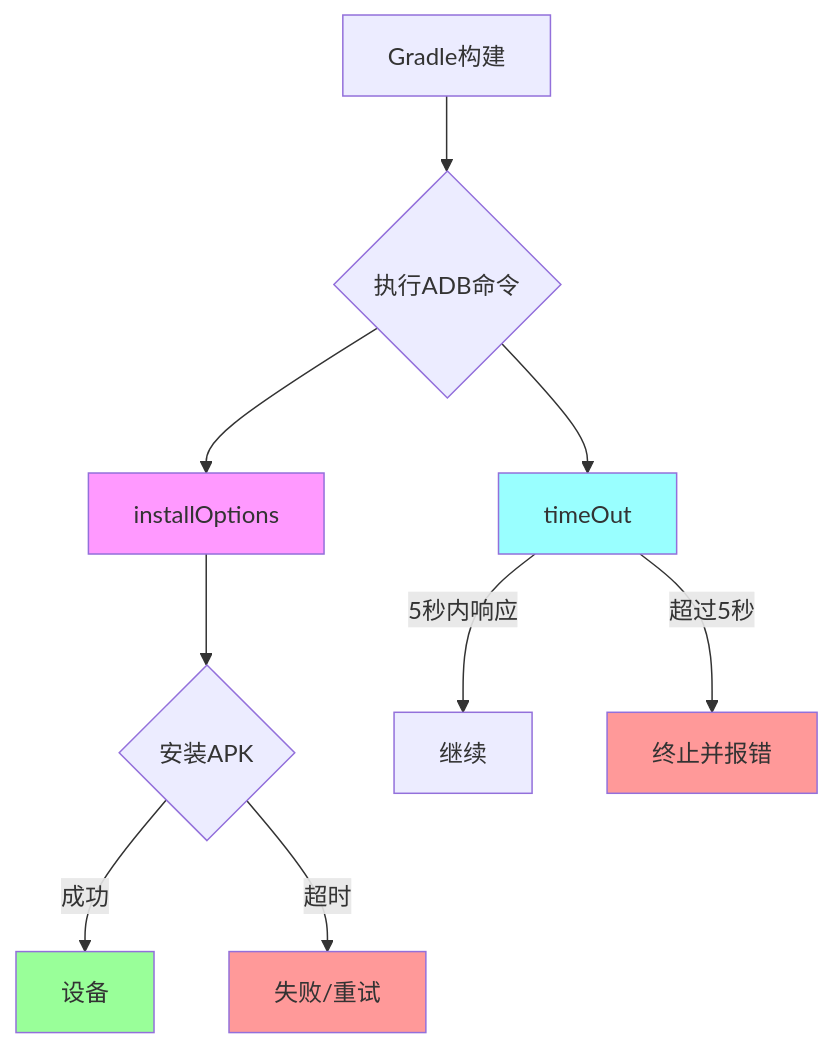
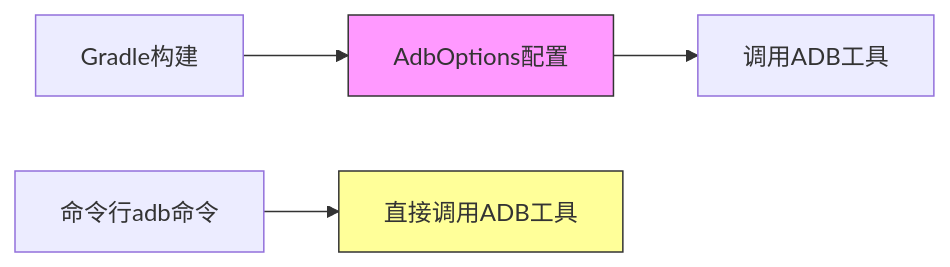
The second of 3 diagrams in AndroidDeveloperGuideStory/Contents/vol21/21.1.60 Adb选项.md (Carrie-L/carrie-l.github.io), drawn with Mermaid before and after one commit. The commit also changed other lines of this file, not shown here.

Commit message:
feat(chapter-21.1.60): Configure AdbOptions for ADB connection settings

````diff
--- a/AndroidDeveloperGuideStory/Contents/vol21/21.1.60 Adb选项.md
+++ b/AndroidDeveloperGuideStory/Contents/vol21/21.1.60 Adb选项.md
@@ -67,17 +178,9 @@
 ```mermaid
-flowchart TD
-    A[Gradle构建] --> B{执行ADB命令}
-    B --> C[installOptions]
-    C --> D{安装APK}
-    D -->|成功| E[设备]
-    D -->|超时| F[失败/重试]
-    B --> G[timeOut]
-    G -->|5秒内响应| H[继续]
-    G -->|超过5秒| I[终止并报错]
+graph LR
+    A[Gradle构建] --> B[AdbOptions配置]
+    B --> C[调用ADB工具]
+    D[命令行adb命令] --> E[直接调用ADB工具]
     
-    style C fill:#f9f,color:#333
-    style G fill:#9ff,color:#333
-    style E fill:#9f9,color:#333
-    style F fill:#f99,color:#333
-    style I fill:#f99,color:#333
+    style B fill:#f9f,stroke:#333
+    style E fill:#ff9,stroke:#333
 ```
````
